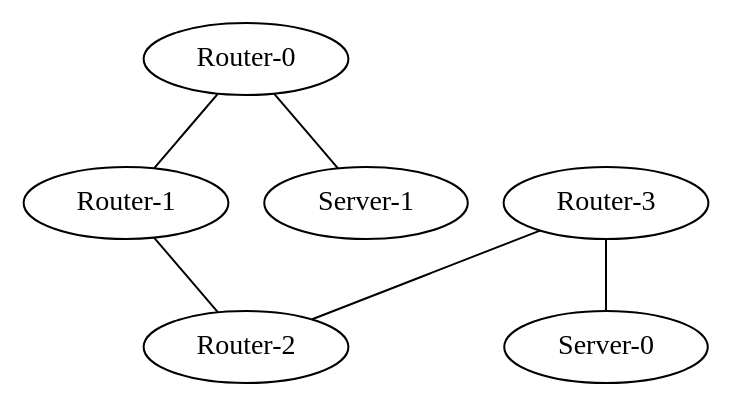
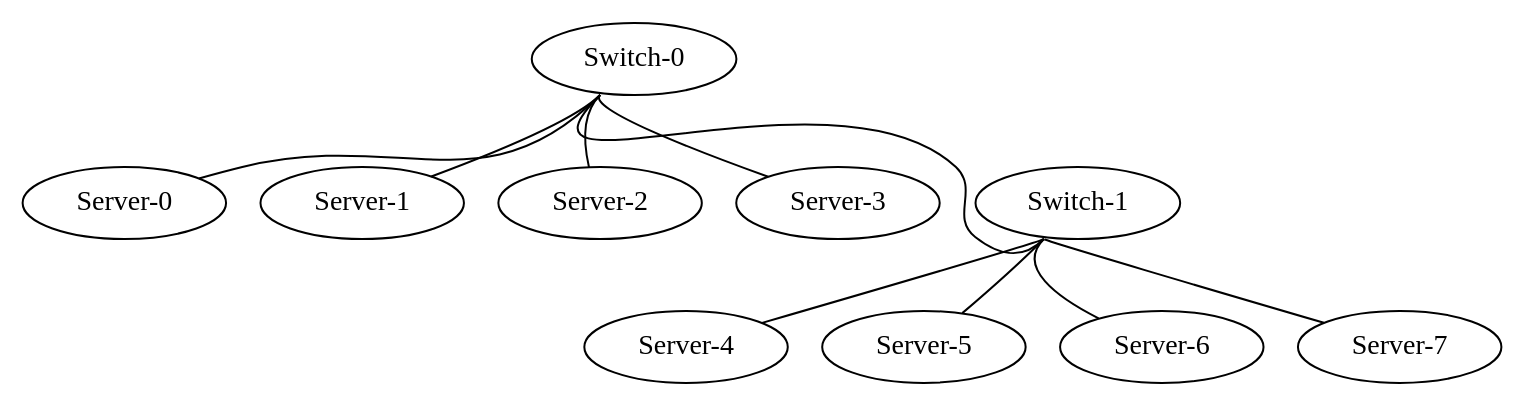
Before and after one commit to matferronato/TopologyGen: the diagram in TopologyGen/TopologyInfo/topology.dot, drawn with Graphviz. The commit also changed 65 other files, not shown here.

```diff
--- a/TopologyGen/TopologyInfo/topology.dot
+++ b/TopologyGen/TopologyInfo/topology.dot
@@ -1,13 +1,21 @@
 graph vx {
-"Router-0" [function="leaf" vagrant="eth1" os="hashicorp/bionic64" version="1.0.282" memory="500" config="./helper_scripts/config_production_switch.sh" ]
-"Router-1" [function="leaf" vagrant="eth1" os="hashicorp/bionic64" version="1.0.282" memory="500" config="./helper_scripts/config_production_switch.sh" ]
-"Router-2" [function="leaf" vagrant="eth1" os="hashicorp/bionic64" version="1.0.282" memory="500" config="./helper_scripts/config_production_switch.sh" ]
-"Router-3" [function="leaf" vagrant="eth1" os="hashicorp/bionic64" version="1.0.282" memory="500" config="./helper_scripts/config_production_switch.sh" ]
 "Server-0" [function="leaf" vagrant="eth1" os="hashicorp/bionic64" version="1.0.282" memory="500" config="./helper_scripts/config_production_switch.sh" ]
 "Server-1" [function="leaf" vagrant="eth1" os="hashicorp/bionic64" version="1.0.282" memory="500" config="./helper_scripts/config_production_switch.sh" ]
-"Router-0":"eth1" -- "Server-1":"eth100"
-"Router-3":"eth1" -- "Server-0":"eth100"
-"Router-0":"eth100" -- "Router-1":"eth100"
-"Router-3":"eth100" -- "Router-2":"eth100"
-"Router-1":"eth101" -- "Router-2":"eth101"
+"Server-2" [function="leaf" vagrant="eth1" os="hashicorp/bionic64" version="1.0.282" memory="500" config="./helper_scripts/config_production_switch.sh" ]
+"Server-3" [function="leaf" vagrant="eth1" os="hashicorp/bionic64" version="1.0.282" memory="500" config="./helper_scripts/config_production_switch.sh" ]
+"Server-4" [function="leaf" vagrant="eth1" os="hashicorp/bionic64" version="1.0.282" memory="500" config="./helper_scripts/config_production_switch.sh" ]
+"Server-5" [function="leaf" vagrant="eth1" os="hashicorp/bionic64" version="1.0.282" memory="500" config="./helper_scripts/config_production_switch.sh" ]
+"Server-6" [function="leaf" vagrant="eth1" os="hashicorp/bionic64" version="1.0.282" memory="500" config="./helper_scripts/config_production_switch.sh" ]
+"Server-7" [function="leaf" vagrant="eth1" os="hashicorp/bionic64" version="1.0.282" memory="500" config="./helper_scripts/config_production_switch.sh" ]
+"Switch-0" [function="leaf" vagrant="eth1" os="hashicorp/bionic64" version="1.0.282" memory="500" config="./helper_scripts/config_production_switch.sh" ]
+"Switch-1" [function="leaf" vagrant="eth1" os="hashicorp/bionic64" version="1.0.282" memory="500" config="./helper_scripts/config_production_switch.sh" ]
+"Switch-1":"swp1" -- "Server-7":"eth50"
+"Switch-1":"swp2" -- "Server-6":"eth50"
+"Switch-1":"swp3" -- "Server-5":"eth50"
+"Switch-1":"swp4" -- "Server-4":"eth50"
+"Switch-0":"swp1" -- "Server-0":"eth50"
+"Switch-0":"swp2" -- "Server-1":"eth50"
+"Switch-0":"swp3" -- "Server-2":"eth50"
+"Switch-0":"swp4" -- "Server-3":"eth50"
+"Switch-0":"swp50" -- "Switch-1":"swp50"
 }
```
